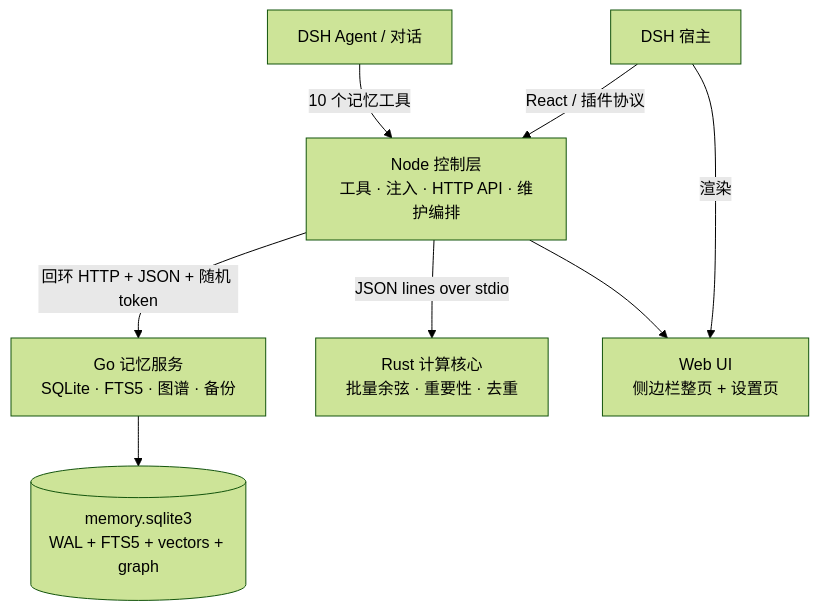
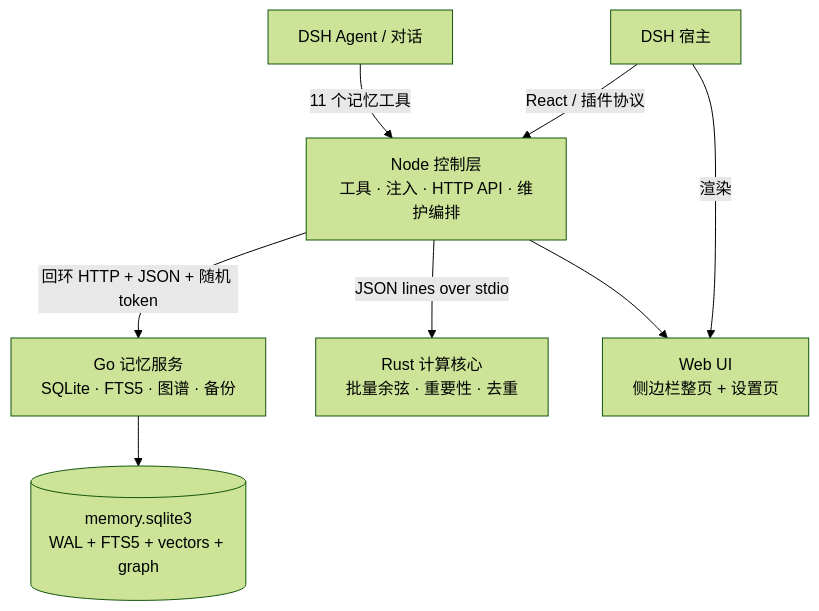
The diagram in README.md (theBeautifulIce/dsh-Immunity-memory), drawn with Mermaid (forest theme) before and after one commit. The commit also changed other lines of this file and 15 other files, not shown here.

````diff
--- a/README.md
+++ b/README.md
@@ -78,10 +79,10 @@
 ```mermaid
 flowchart TB
-  A["DSH Agent / 对话"] -->|"10 个记忆工具"| B["Node 控制层<br/>工具 · 注入 · HTTP API · 维护编排"]
+  A["DSH Agent / 对话"] -->|"11 个记忆工具"| B["Node 控制层<br/>工具 · 注入 · HTTP API · 维护编排"]
   B -->|"回环 HTTP + JSON + 随机 token"| C["Go 记忆服务<br/>SQLite · FTS5 · 图谱 · 备份"]
   B -->|"JSON lines over stdio"| D["Rust 计算核心<br/>批量余弦 · 重要性 · 去重"]
   C --> E[("memory.sqlite3<br/>WAL + FTS5 + vectors + graph")]
   B --> F["Web UI<br/>侧边栏整页 + 设置页"]
   G["DSH 宿主"] -->|"React / 插件协议"| B
   G -->|"渲染"| F
 ```
````
